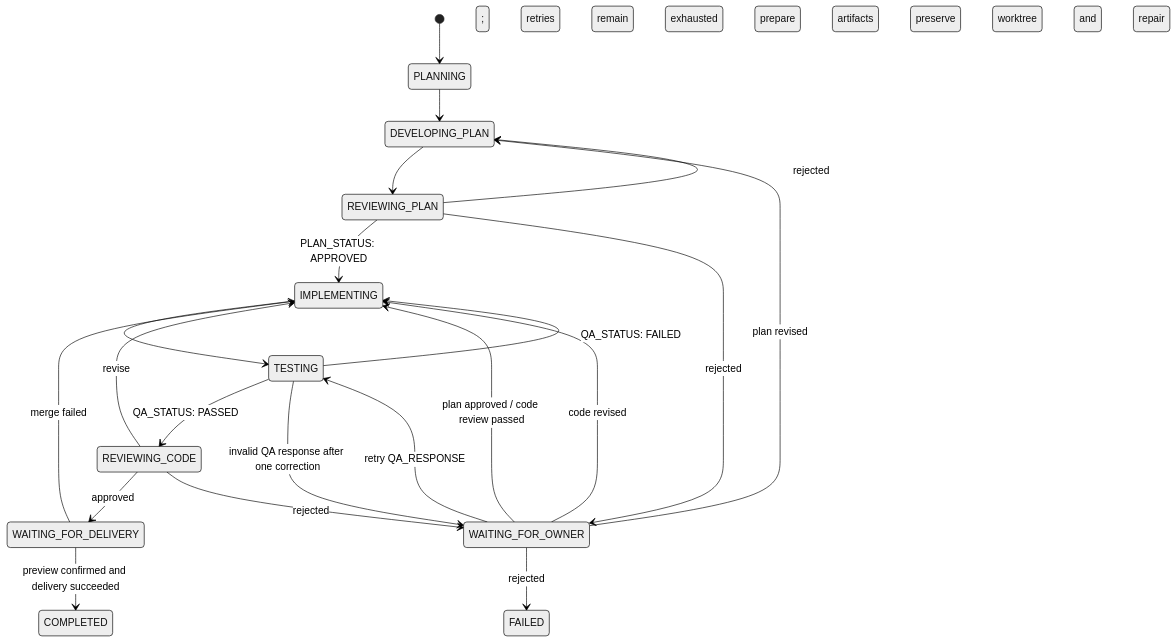
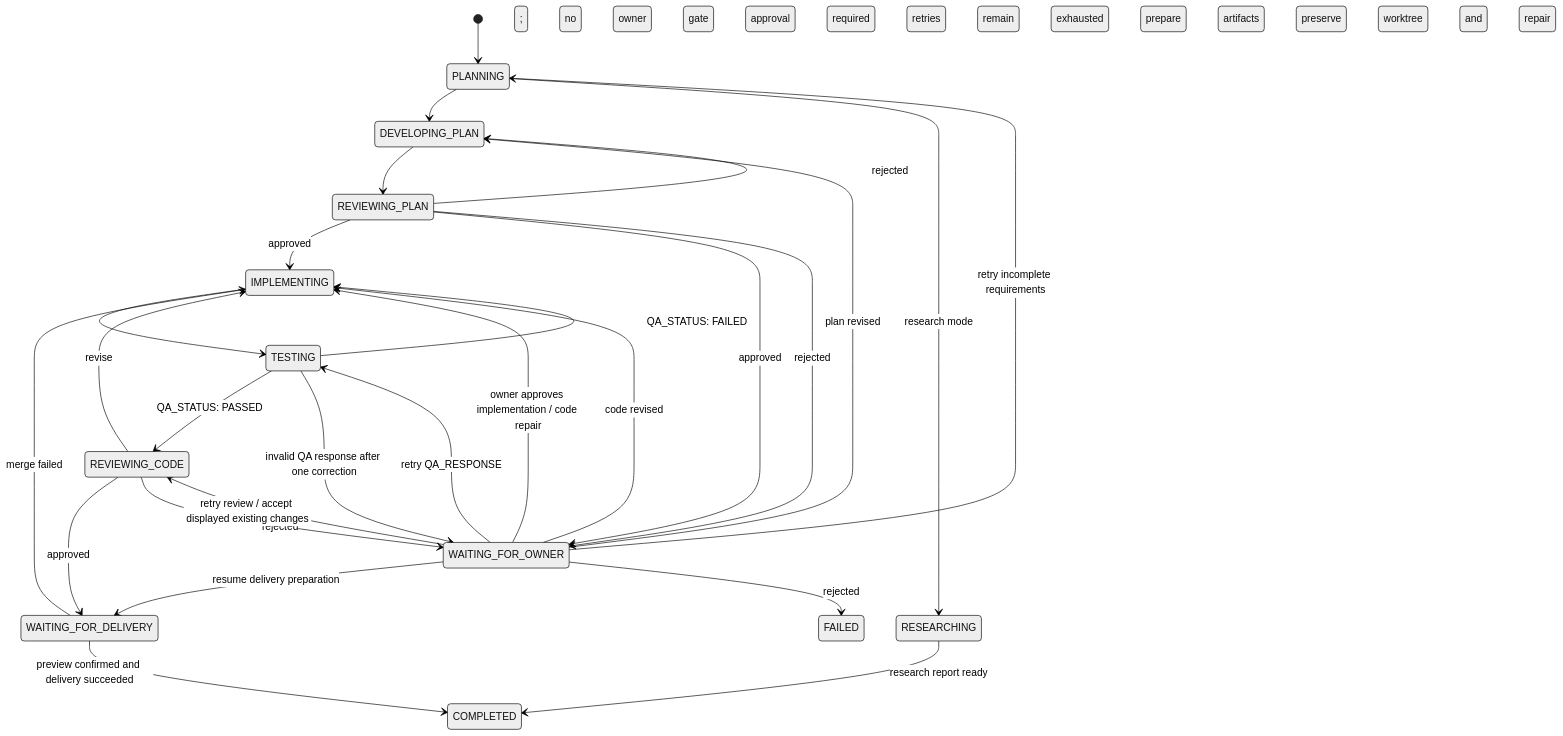
Before and after one commit to adombciha/multiple-agents-orch: the diagram in docs/workflow-fsm.md, drawn with Mermaid (neutral theme). The commit also changed other lines of this file and 15 other files, not shown here.

````diff
--- a/docs/workflow-fsm.md
+++ b/docs/workflow-fsm.md
@@ -3,26 +3,32 @@
 ```mermaid
 stateDiagram-v2
     [*] --> PLANNING
     PLANNING --> DEVELOPING_PLAN
+    PLANNING --> RESEARCHING: research mode
+    RESEARCHING --> COMPLETED: research report ready
     DEVELOPING_PLAN --> REVIEWING_PLAN
 
-    REVIEWING_PLAN --> IMPLEMENTING: PLAN_STATUS: APPROVED
+    REVIEWING_PLAN --> IMPLEMENTING: approved; no owner gate
+    REVIEWING_PLAN --> WAITING_FOR_OWNER: approved; owner approval required
     REVIEWING_PLAN --> DEVELOPING_PLAN: rejected; retries remain
     REVIEWING_PLAN --> WAITING_FOR_OWNER: rejected; retries exhausted
 
     IMPLEMENTING --> TESTING
     TESTING --> REVIEWING_CODE: QA_STATUS: PASSED
     TESTING --> IMPLEMENTING: QA_STATUS: FAILED
     REVIEWING_CODE --> WAITING_FOR_DELIVERY: approved; prepare artifacts
     WAITING_FOR_DELIVERY --> COMPLETED: preview confirmed and delivery succeeded
     WAITING_FOR_DELIVERY --> IMPLEMENTING: merge failed; preserve worktree and repair
     REVIEWING_CODE --> IMPLEMENTING: revise
     REVIEWING_CODE --> WAITING_FOR_OWNER: rejected; retries exhausted
 
-    WAITING_FOR_OWNER --> IMPLEMENTING: plan approved / code review passed
+    WAITING_FOR_OWNER --> IMPLEMENTING: owner approves implementation / code repair
+    WAITING_FOR_OWNER --> PLANNING: retry incomplete requirements
+    WAITING_FOR_OWNER --> REVIEWING_CODE: retry review / accept displayed existing changes
+    WAITING_FOR_OWNER --> WAITING_FOR_DELIVERY: resume delivery preparation
     WAITING_FOR_OWNER --> DEVELOPING_PLAN: plan revised
     WAITING_FOR_OWNER --> IMPLEMENTING: code revised
     WAITING_FOR_OWNER --> FAILED: rejected
     TESTING --> WAITING_FOR_OWNER: invalid QA response after one correction
     WAITING_FOR_OWNER --> TESTING: retry QA_RESPONSE
 ```
````
